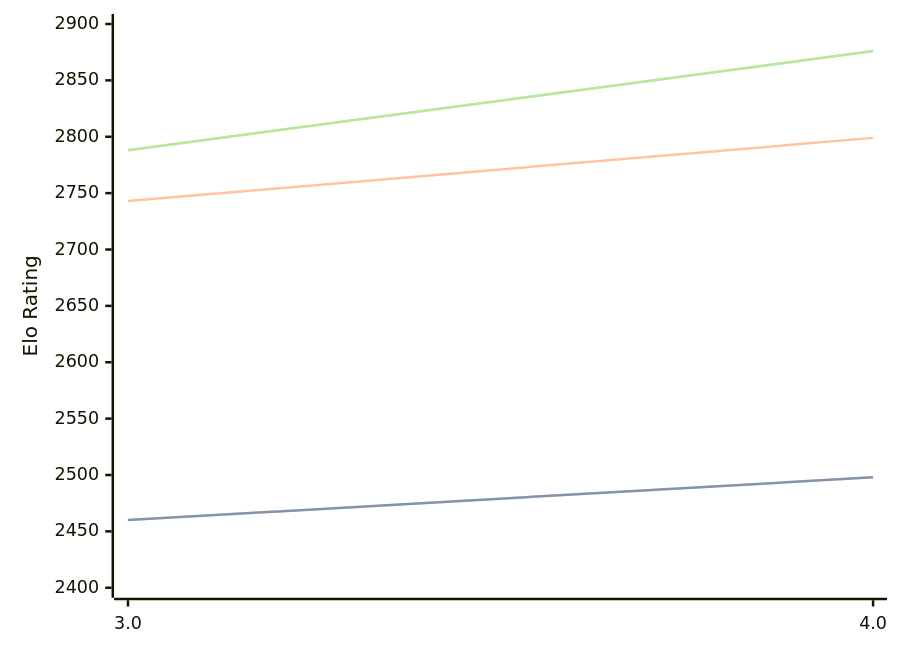
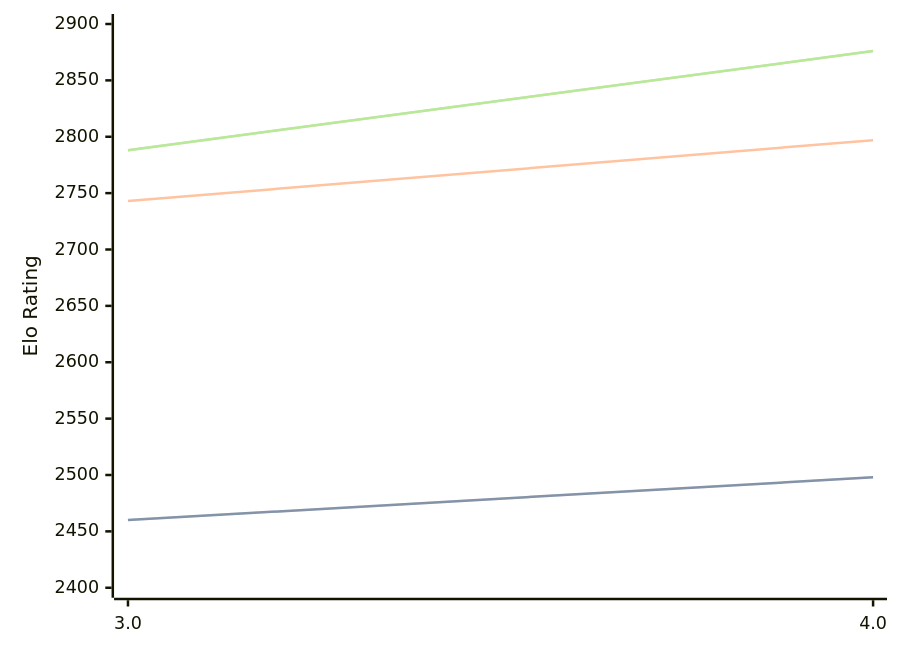
One commit to computer-chess-index/cci changed the third of 3 diagrams in engines/Chess3.md. Above: the diagram before and after it, drawn with Mermaid. The commit also changed other lines of this file, not shown here.

````diff
--- a/engines/Chess3.md
+++ b/engines/Chess3.md
@@ -67,11 +67,11 @@
 ```mermaid
 %%{init: {"theme":"base","themeVariables":{"seriesColors:['#a3a3a3','#222221','#faa371']}}}%%
 xychart-beta
   x-axis ["3.0", "4.0"]
   y-axis "Elo Rating" 2400 --> 2900
   line "STC (8.0+0.08s)" [2460, 2498]
   line "STC (8.0+0.08s)" [2460, 2498]
-  line "LTC (60.0+0.60s)" [2743, 2799]
+  line "LTC (60.0+0.60s)" [2743, 2797]
   line "VLTC (2m24s+1.12s)" [2788, 2876]
   line "VLTC (2m24s+1.12s)" [2788, 2876]
 ```
````
